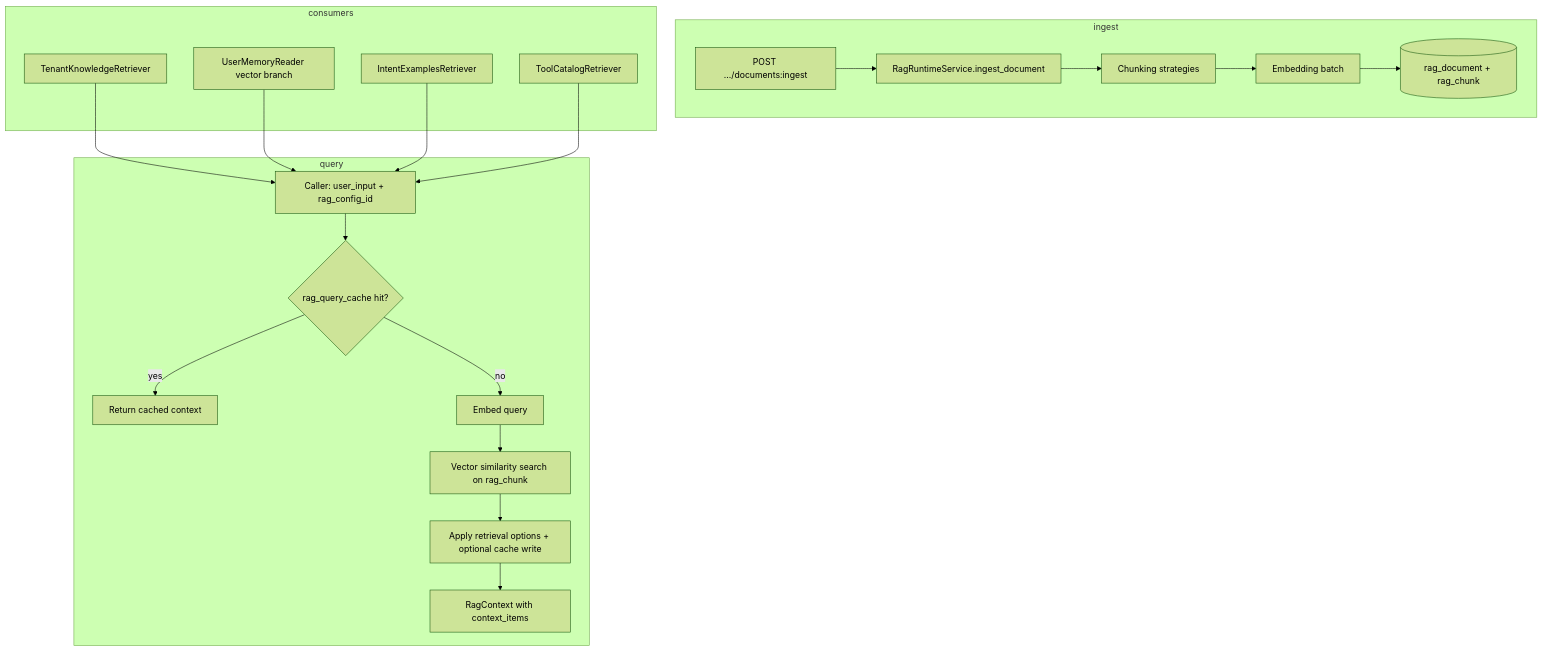
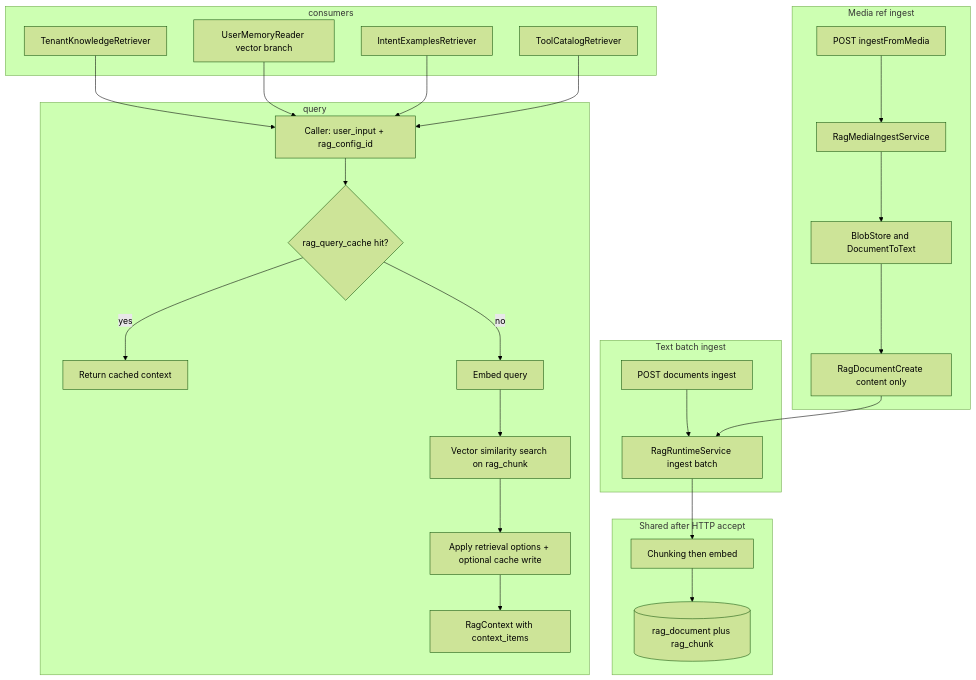
The second of 3 diagrams in docs/RAG/runtime-and-integration.md (marcosvs98/agent-orchestration-core), drawn with Mermaid (forest theme) before and after one commit. The commit also changed other lines of this file and 39 other files, not shown here.

Commit message:
feat: Add Docling document conversion service

````diff
--- a/docs/RAG/runtime-and-integration.md
+++ b/docs/RAG/runtime-and-integration.md
@@ -162,25 +162,32 @@
 ```mermaid
 flowchart TD
-  subgraph ingest
-    A[POST .../documents:ingest] --> B[RagRuntimeService.ingest_document]
-    B --> C[Chunking strategies]
-    C --> D[Embedding batch]
-    D --> E[(rag_document + rag_chunk)]
+  subgraph textBatch [Text batch ingest]
+    T1[POST documents ingest] --> T2[RagRuntimeService ingest batch]
+  end
+  subgraph mediaRef [Media ref ingest]
+    M1[POST ingestFromMedia] --> M2[RagMediaIngestService]
+    M2 --> M3[BlobStore and DocumentToText]
+    M3 --> M4[RagDocumentCreate content only]
+    M4 --> T2
+  end
+  subgraph sharedPipeline [Shared after HTTP accept]
+    T2 --> C[Chunking then embed]
+    C --> E[(rag_document plus rag_chunk)]
   end
 
   subgraph query
     Q1[Caller: user_input + rag_config_id] --> Q2{rag_query_cache hit?}
     Q2 -->|yes| Q3[Return cached context]
     Q2 -->|no| Q4[Embed query]
     Q4 --> Q5[Vector similarity search on rag_chunk]
     Q5 --> Q6[Apply retrieval options + optional cache write]
     Q6 --> Q7[RagContext with context_items]
   end
 
   subgraph consumers
     R1[TenantKnowledgeRetriever] --> Q1
     R2[UserMemoryReader vector branch] --> Q1
     R3[IntentExamplesRetriever] --> Q1
     R4[ToolCatalogRetriever] --> Q1
   end
 ```
````
